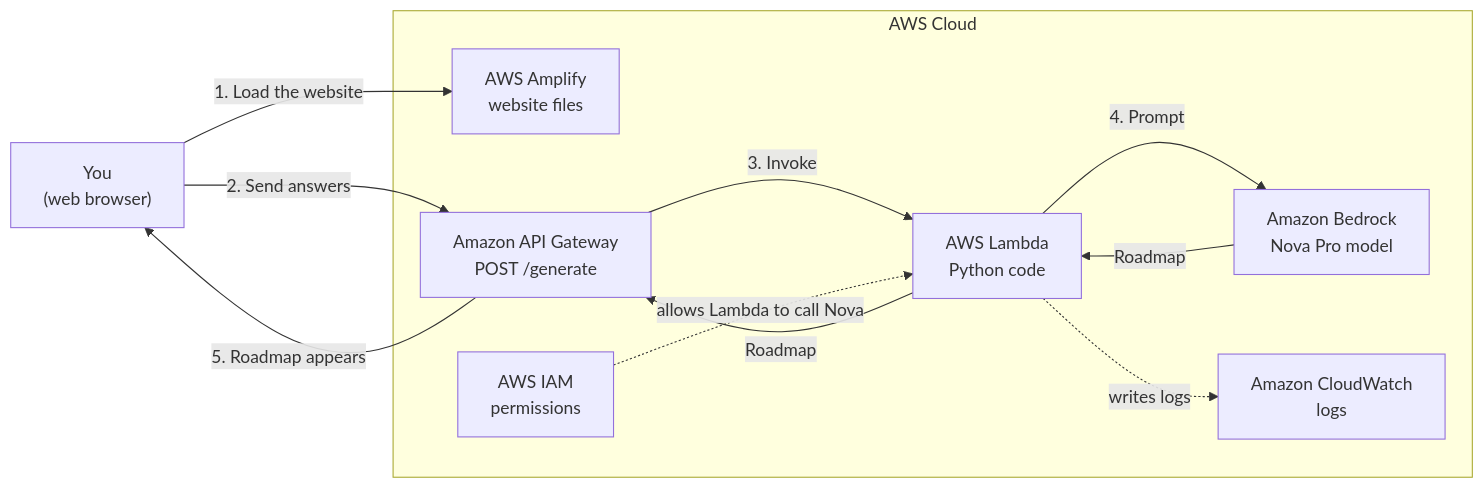
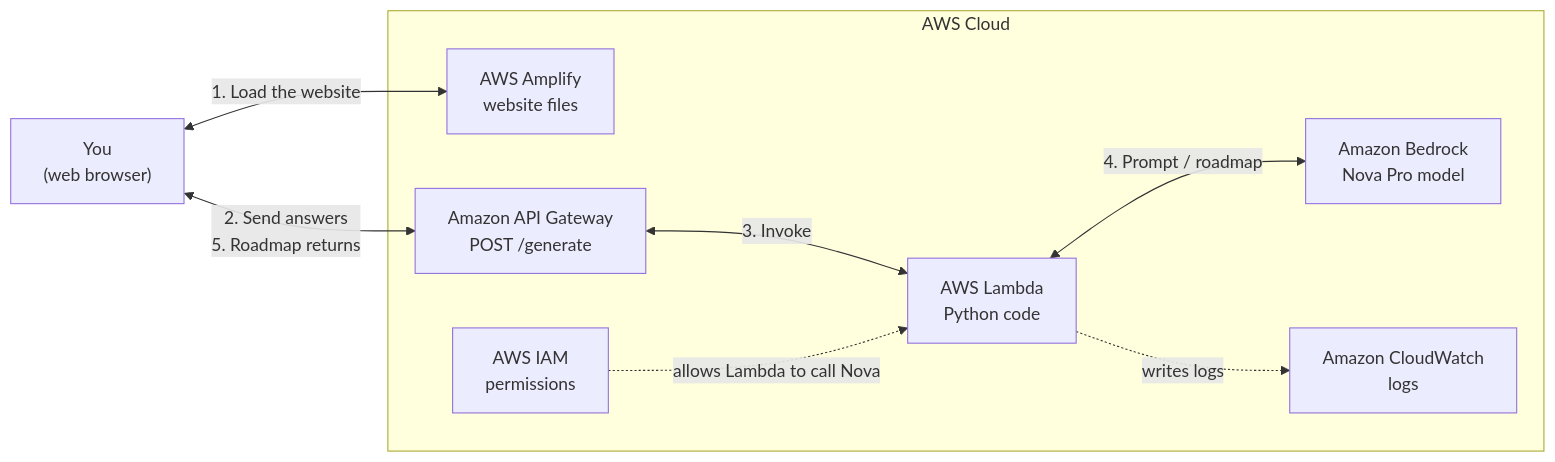
One commit to kingmellow08/ai-career-navigator changed the diagram in README.md. Above: the diagram before and after it, drawn with Mermaid.

Commit message:
Simplify README diagram with two-way arrows

````diff
--- a/README.md
+++ b/README.md
@@ -7,21 +7,18 @@
 ```mermaid
 flowchart LR
   U["You<br/>(web browser)"]
   subgraph AWS["AWS Cloud"]
     AMP["AWS Amplify<br/>website files"]
     APIGW["Amazon API Gateway<br/>POST /generate"]
     L["AWS Lambda<br/>Python code"]
     BR["Amazon Bedrock<br/>Nova Pro model"]
     IAM["AWS IAM<br/>permissions"]
     CW["Amazon CloudWatch<br/>logs"]
   end
-  U -- "1. Load the website" --> AMP
-  U -- "2. Send answers" --> APIGW
-  APIGW -- "3. Invoke" --> L
-  L -- "4. Prompt" --> BR
-  BR -- "Roadmap" --> L
-  L -- "Roadmap" --> APIGW
-  APIGW -- "5. Roadmap appears" --> U
-  IAM -. "allows Lambda to call Nova" .-> L
-  L -. "writes logs" .-> CW
+  U <-->|"1. Load the website"| AMP
+  U <-->|"2. Send answers<br/>5. Roadmap returns"| APIGW
+  APIGW <-->|"3. Invoke"| L
+  L <-->|"4. Prompt / roadmap"| BR
+  IAM -.->|"allows Lambda to call Nova"| L
+  L -.->|"writes logs"| CW
 ```
````
